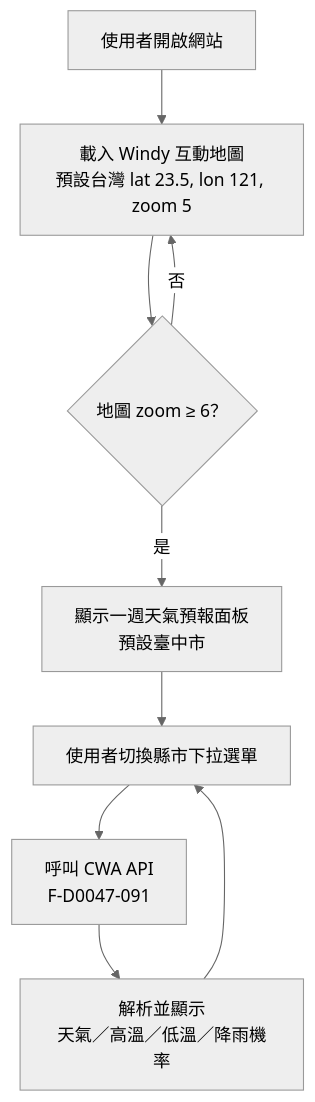
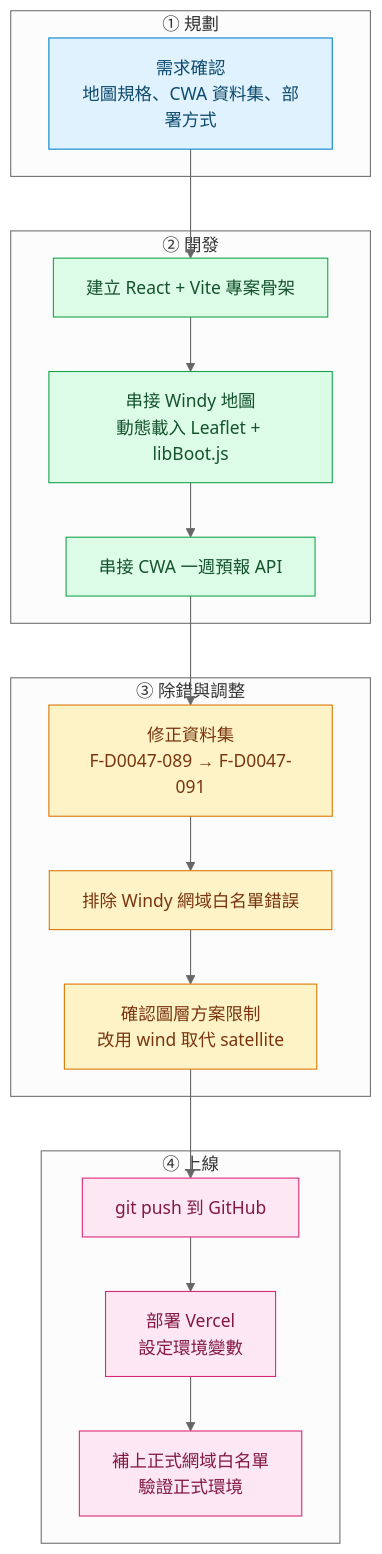
The diagram in README.md (royruan1019/global_weather), drawn with Mermaid (neutral theme) before and after one commit. The commit also changed other lines of this file, not shown here.

Commit message:
Replace runtime flowchart with project planning/dev process diagram
Shows the four phases actually followed: planning, build, debugging
(dataset fix, domain whitelist, overlay plan limits), and shipping.

````diff
--- a/README.md
+++ b/README.md
@@ -9,11 +9,35 @@
 ```mermaid
 flowchart TD
-    A[使用者開啟網站] --> B["載入 Windy 互動地圖<br/>預設台灣 lat 23.5, lon 121, zoom 5"]
-    B --> C{"地圖 zoom ≥ 6？"}
-    C -- 否 --> B
-    C -- 是 --> D["顯示一週天氣預報面板<br/>預設臺中市"]
-    D --> E[使用者切換縣市下拉選單]
-    E --> F["呼叫 CWA API<br/>F-D0047-091"]
-    F --> G["解析並顯示<br/>天氣／高溫／低溫／降雨機率"]
-    G --> E
+    subgraph P1["① 規劃"]
+        A["需求確認<br/>地圖規格、CWA 資料集、部署方式"]
+    end
+
+    subgraph P2["② 開發"]
+        B["建立 React + Vite 專案骨架"]
+        C["串接 Windy 地圖<br/>動態載入 Leaflet + libBoot.js"]
+        D["串接 CWA 一週預報 API"]
+    end
+
+    subgraph P3["③ 除錯與調整"]
+        E["修正資料集<br/>F-D0047-089 → F-D0047-091"]
+        F["排除 Windy 網域白名單錯誤"]
+        G["確認圖層方案限制<br/>改用 wind 取代 satellite"]
+    end
+
+    subgraph P4["④ 上線"]
+        H["git push 到 GitHub"]
+        I["部署 Vercel<br/>設定環境變數"]
+        J["補上正式網域白名單<br/>驗證正式環境"]
+    end
+
+    A --> B --> C --> D --> E --> F --> G --> H --> I --> J
+
+    classDef plan fill:#e0f2fe,stroke:#0284c7,color:#0c4a6e
+    classDef build fill:#dcfce7,stroke:#16a34a,color:#14532d
+    classDef debug fill:#fef3c7,stroke:#d97706,color:#78350f
+    classDef ship fill:#fce7f3,stroke:#db2777,color:#831843
+    class A plan
+    class B,C,D build
+    class E,F,G debug
+    class H,I,J ship
 ```
````
